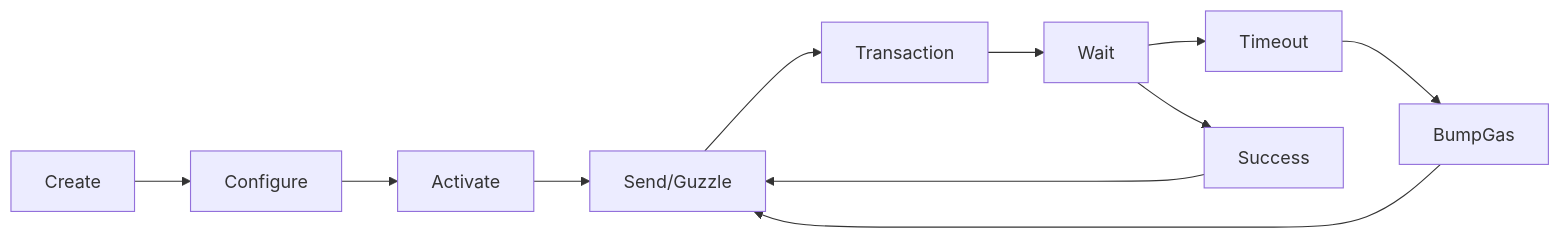
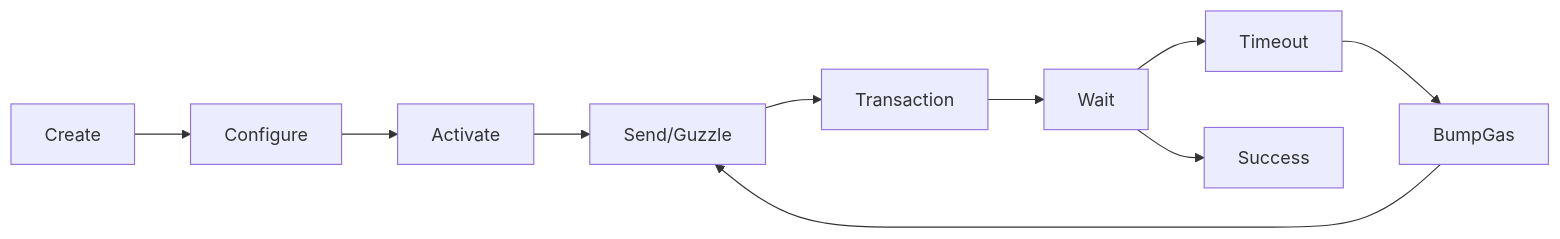
The diagram in fans/README.md (kalverra/crazed-nft-fans), drawn with Mermaid before and after one commit. The commit also changed 7 other files, not shown here.

````diff
--- a/fans/README.md
+++ b/fans/README.md
@@ -7,14 +7,12 @@
 ```mermaid
 flowchart LR
     Cre[Create] --> Conf[Configure]
     Conf --> Act[Activate]
     Act --> SG[Send/Guzzle]
     SG --> Tx[Transaction]
     Tx --> W[Wait]
     W --> Timeout[Timeout]
     Timeout --> BG[BumpGas]
     BG --> SG
     W --> Suc[Success]
-    Suc --> SG
-
 ```
````
